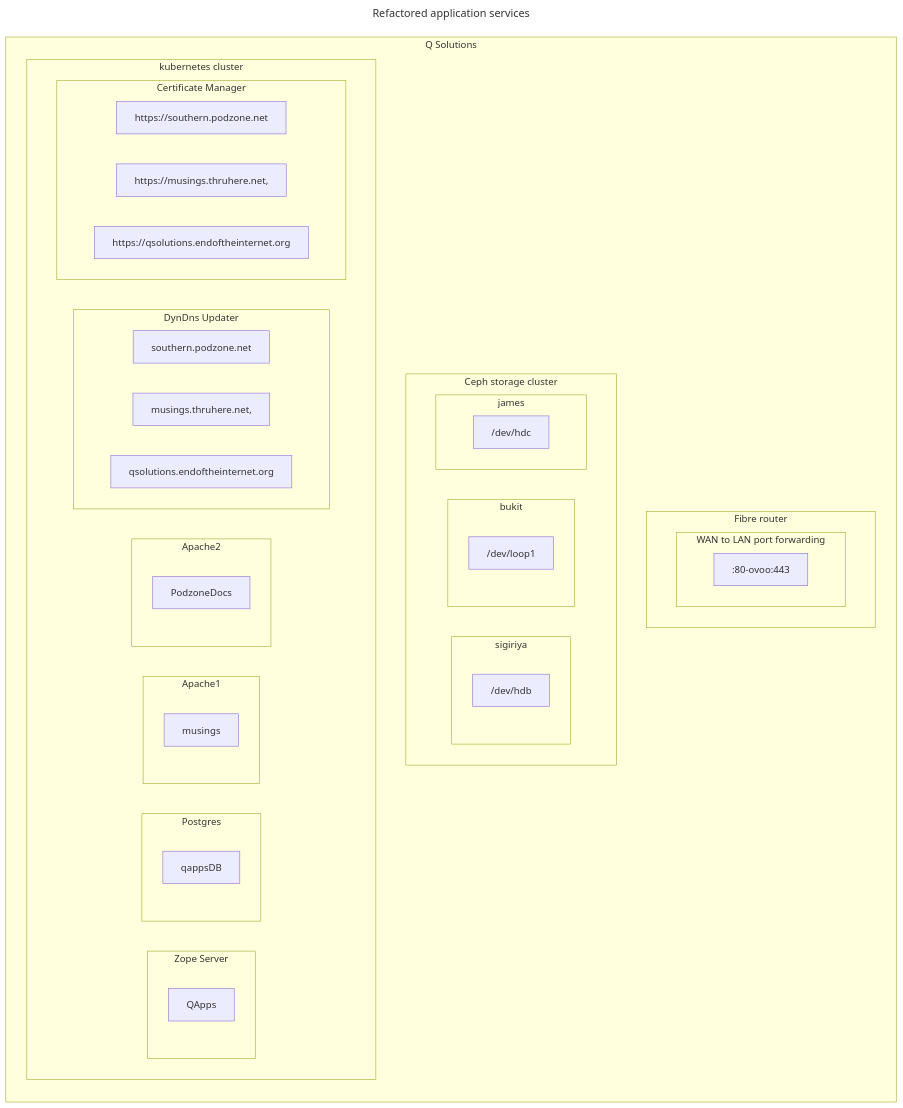
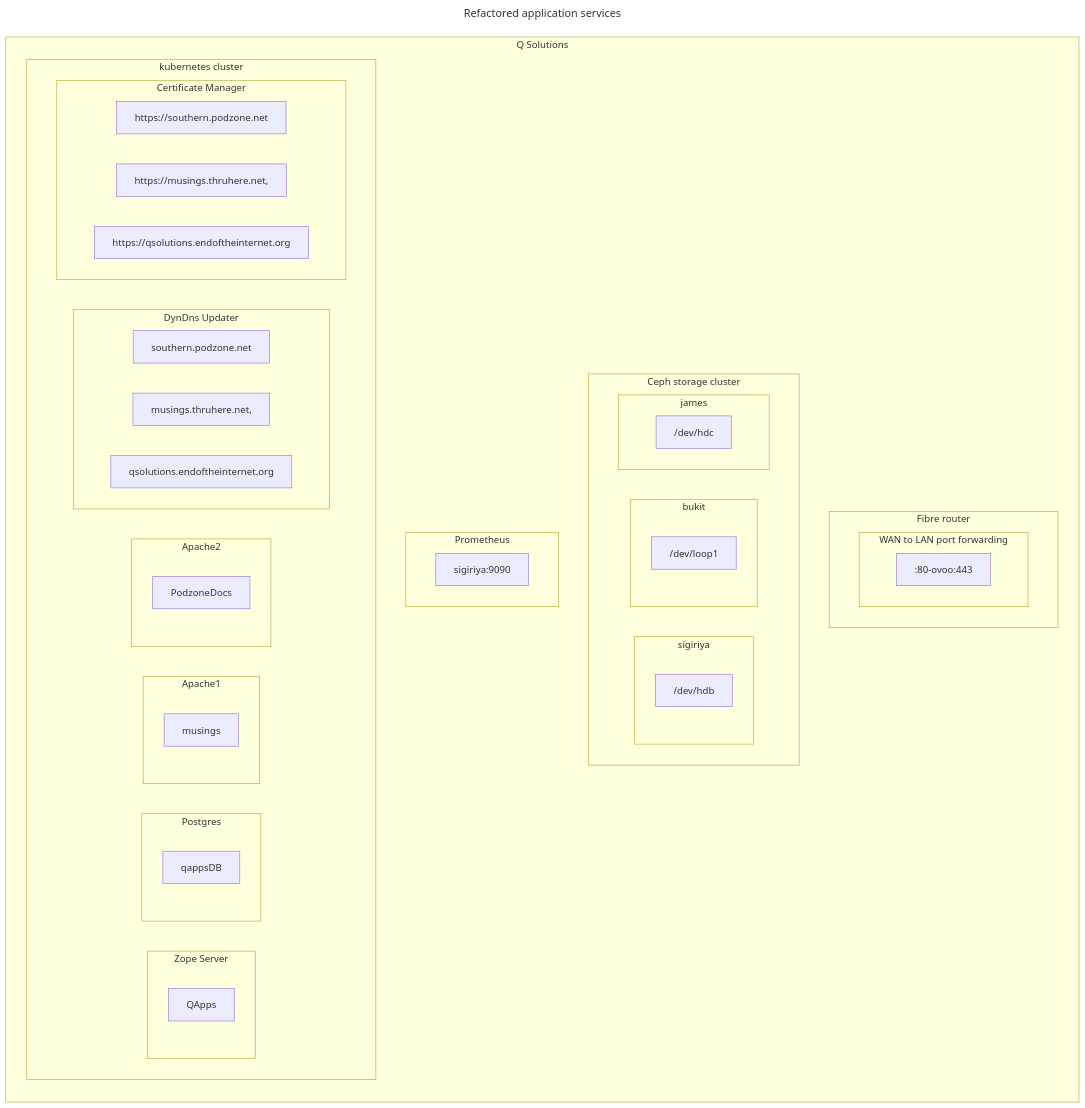
Before and after one commit to MoTTTT/podzone: the second of 2 diagrams in docs/externalServices.md, drawn with Mermaid. The commit also changed other lines of this file and 6 other files, not shown here.

````diff
--- a/docs/externalServices.md
+++ b/docs/externalServices.md
@@ -73,51 +70,54 @@
 ```mermaid
 ---
 title: Refactored application services
 ---
 graph LR
 subgraph Q Solutions
   subgraph  Fibre router
     subgraph WAN to LAN port forwarding
       :80-ovoo:443
     end
   end
   subgraph Ceph storage cluster
     subgraph sigiriya
       /dev/hdb
     end
     subgraph bukit
       /dev/loop1
     end
     subgraph james
       /dev/hdc
     end
+  end
+  subgraph Prometheus
+    sigiriya:9090
   end
   subgraph  kubernetes cluster
     subgraph Zope Server
       QApps
     end
     subgraph Postgres
       qappsDB
     end
     subgraph Apache1
       musings
     end
     subgraph Apache2
       PodzoneDocs
     end
     subgraph DynDns Updater
       direction LR
       southern.podzone.net
       musings.thruhere.net,
       qsolutions.endoftheinternet.org
     end
     subgraph Certificate Manager
       direction LR
       https://southern.podzone.net
       https://musings.thruhere.net,
       https://qsolutions.endoftheinternet.org
     end
 
   end
 end
 ```
````
